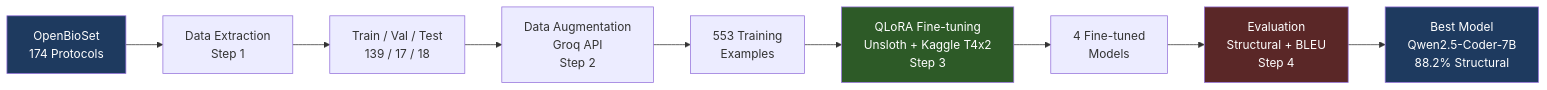
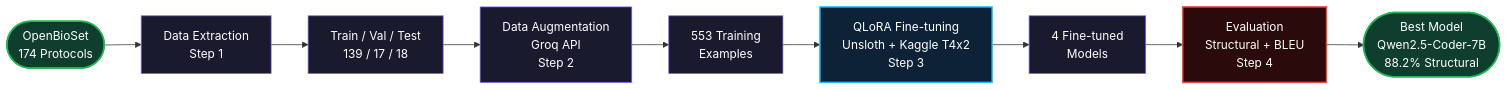
Before and after one commit to IshanGain/BioGPT: the first of 5 diagrams in README.md, drawn with Mermaid. The commit also changed other lines of this file, not shown here.

````diff
--- a/README.md
+++ b/README.md
@@ -52,16 +193,21 @@
 ```mermaid
 flowchart LR
-    A[OpenBioSet\n174 Protocols] --> B[Data Extraction\nStep 1]
+    A([OpenBioSet\n174 Protocols]) --> B[Data Extraction\nStep 1]
     B --> C[Train / Val / Test\n139 / 17 / 18]
     C --> D[Data Augmentation\nGroq API\nStep 2]
     D --> E[553 Training\nExamples]
     E --> F[QLoRA Fine-tuning\nUnsloth + Kaggle T4x2\nStep 3]
     F --> G[4 Fine-tuned\nModels]
     G --> H[Evaluation\nStructural + BLEU\nStep 4]
-    H --> I[Best Model\nQwen2.5-Coder-7B\n88.2% Structural]
+    H --> I([Best Model\nQwen2.5-Coder-7B\n88.2% Structural])
 
-    style A fill:#1e3a5f,color:#fff
-    style I fill:#1e3a5f,color:#fff
-    style F fill:#2d5a27,color:#fff
-    style H fill:#5a2727,color:#fff
+    style A fill:#0f3d2e,color:#fff,stroke:#1DB954,stroke-width:2px
+    style I fill:#0f3d2e,color:#fff,stroke:#1DB954,stroke-width:2px
+    style F fill:#0d2137,color:#fff,stroke:#20BEFF,stroke-width:2px
+    style H fill:#2a0a0a,color:#fff,stroke:#e74c3c,stroke-width:2px
+    style B fill:#1a1a2e,color:#fff,stroke:#7B61FF,stroke-width:1px
+    style C fill:#1a1a2e,color:#fff,stroke:#7B61FF,stroke-width:1px
+    style D fill:#1a1a2e,color:#fff,stroke:#7B61FF,stroke-width:1px
+    style E fill:#1a1a2e,color:#fff,stroke:#7B61FF,stroke-width:1px
+    style G fill:#1a1a2e,color:#fff,stroke:#7B61FF,stroke-width:1px
 ```
````
